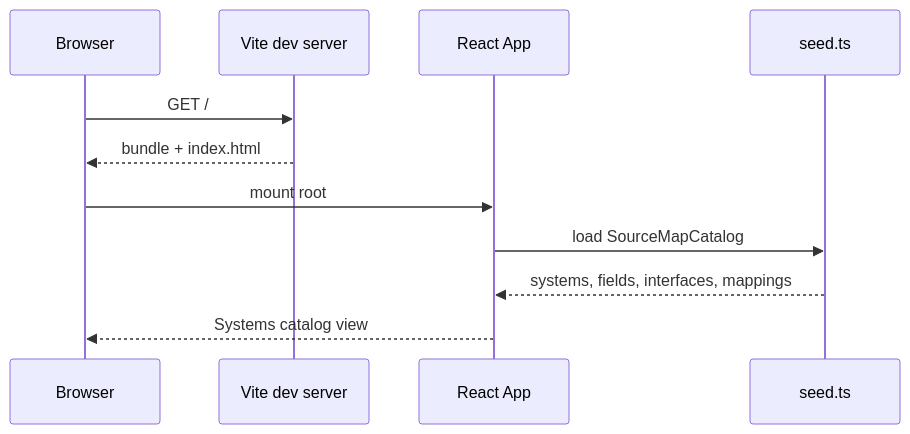
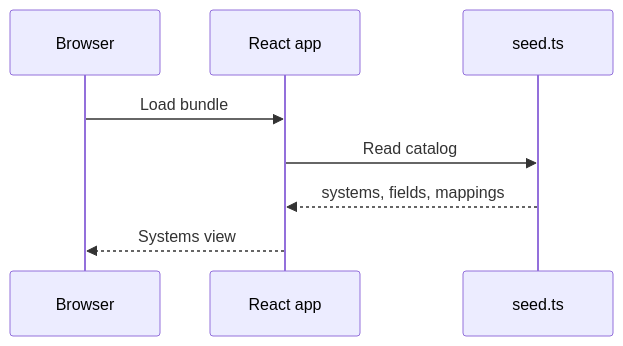
One commit to jah-guide/sourcemap changed the first of 4 diagrams in docs/07-sequence-flows.md. Above: the diagram before and after it, drawn with Mermaid. The commit also changed other lines of this file and 3 other files, not shown here.

Commit message:
docs: simplify sequence flows and tighten traceability wording

````diff
--- a/docs/07-sequence-flows.md
+++ b/docs/07-sequence-flows.md
@@ -9,14 +9,11 @@
 ```mermaid
 sequenceDiagram
   participant Browser
-  participant Vite as Vite dev server
-  participant App as React App
+  participant App as React app
   participant Seed as seed.ts
 
-  Browser->>Vite: GET /
-  Vite-->>Browser: bundle + index.html
-  Browser->>App: mount root
-  App->>Seed: load SourceMapCatalog
-  Seed-->>App: systems, fields, interfaces, mappings
-  App-->>Browser: Systems catalog view
+  Browser->>App: Load bundle
+  App->>Seed: Read catalog
+  Seed-->>App: systems, fields, mappings
+  App-->>Browser: Systems view
 ```
````
